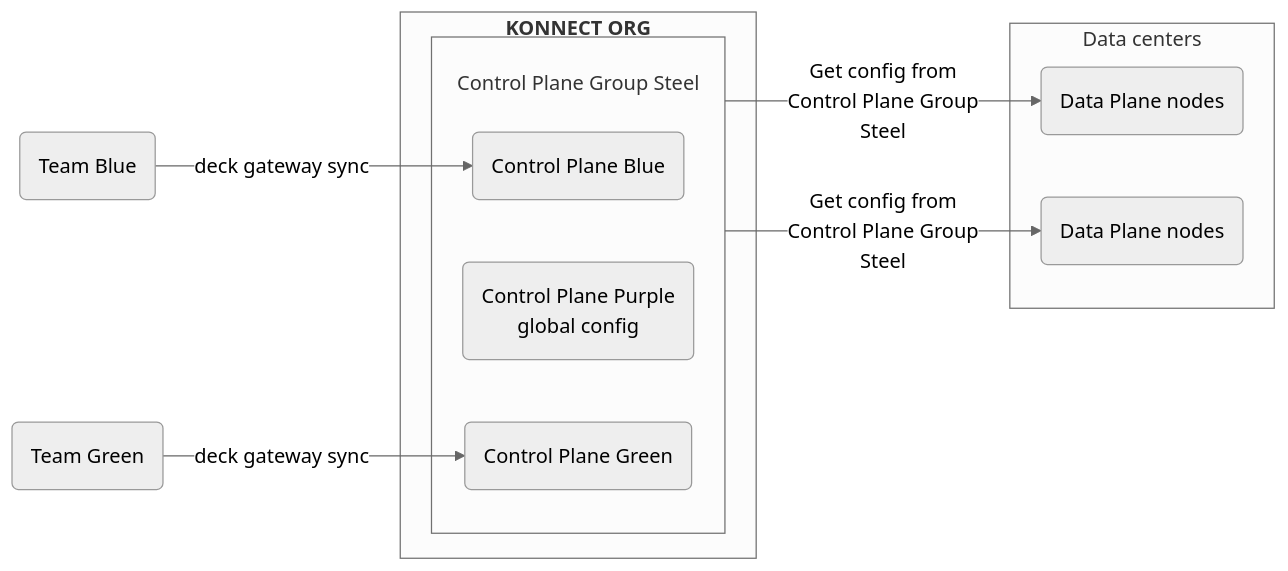
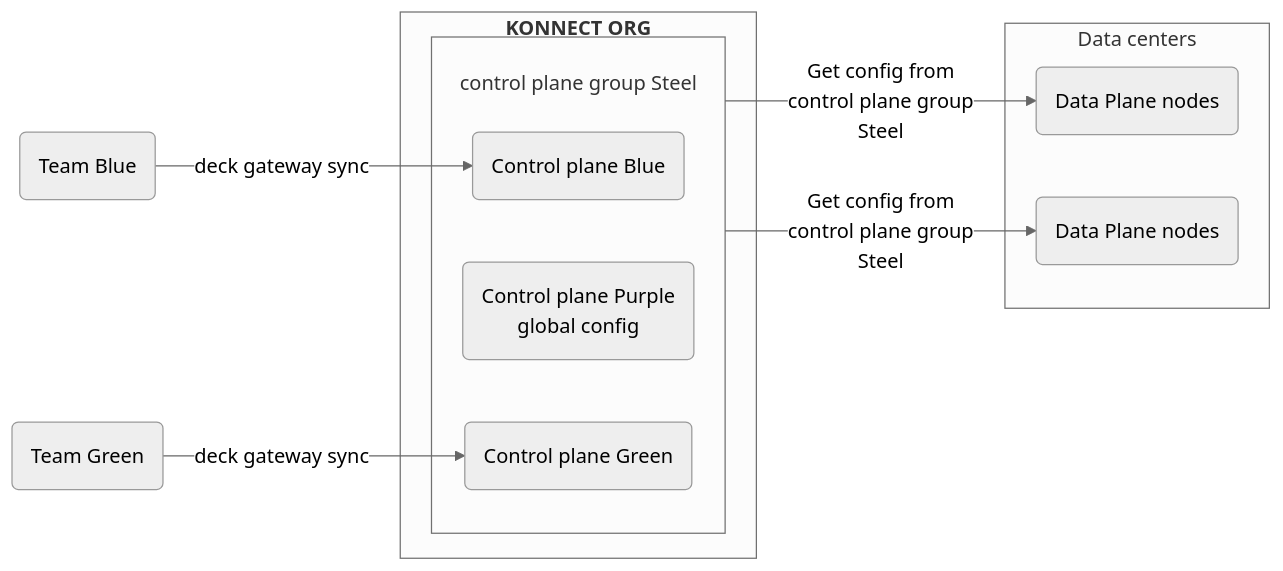
The diagram in app/gateway/control-plane-groups.md (Kong/developer.konghq.com), drawn with Mermaid (neutral theme) before and after one commit. The commit also changed other lines of this file and 1 other file, not shown here.

```diff
--- a/app/gateway/control-plane-groups.md
+++ b/app/gateway/control-plane-groups.md
@@ -90,31 +90,30 @@
 {% mermaid %}
 flowchart LR
   A(Team Blue)
   B(Team Green)
-  C(Control Plane Blue)
-  D(Control Plane Purple
-    global config)
-  E(Control Plane Green)
+  C(Control plane Blue)
+  D(Control plane Purple<br>global config)
+  E(Control plane Green)
   F(Data Plane nodes)
   G(Data Plane nodes)
 
   A -- deck gateway sync --> C
   B -- deck gateway sync --> E
 
   subgraph id1 ["`**KONNECT ORG**`"]
-    subgraph id2 [<br>Control Plane Group Steel]
+    subgraph id2 [<br>control plane group Steel]
     C
     D
     E
     end
   end
 
   id2 -- Get config from 
-  Control Plane Group
+  control plane group
   Steel--> F & G
 
   subgraph id3 [Data centers]
   F
   G
   end
 {% endmermaid %}
```
